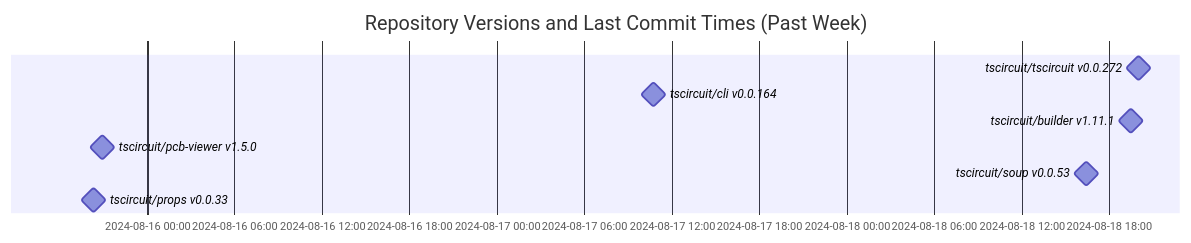
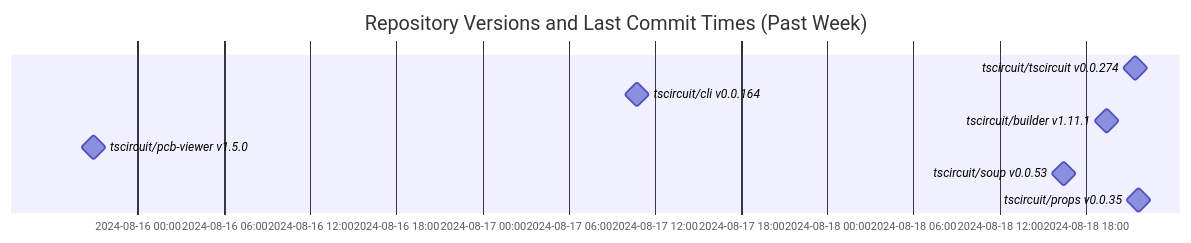
One commit to tscircuit/version-tracker changed the diagram in README.md. Above: the diagram before and after it, drawn with Mermaid.

Commit message:
Update chart

````diff
--- a/README.md
+++ b/README.md
@@ -1,13 +1,13 @@
 ```mermaid
 gantt
   dateFormat  YYYY-MM-DD HH:mm:ss
   title Repository Versions and Last Commit Times (Past Week)
   axisFormat %Y-%m-%d %H:%M
 
-  tscircuit/tscircuit v0.0.272 : milestone, 2024-08-18 20:00:09, 1s
+  tscircuit/tscircuit v0.0.274 : milestone, 2024-08-18 21:26:53, 1s
   tscircuit/cli v0.0.164 : milestone, 2024-08-17 10:43:36, 1s
   tscircuit/builder v1.11.1 : milestone, 2024-08-18 19:26:24, 1s
   tscircuit/pcb-viewer v1.5.0 : milestone, 2024-08-15 20:55:08, 1s
   tscircuit/soup v0.0.53 : milestone, 2024-08-18 16:25:05, 1s
-  tscircuit/props v0.0.33 : milestone, 2024-08-15 20:18:33, 1s
+  tscircuit/props v0.0.35 : milestone, 2024-08-18 21:39:42, 1s
 ```
````
